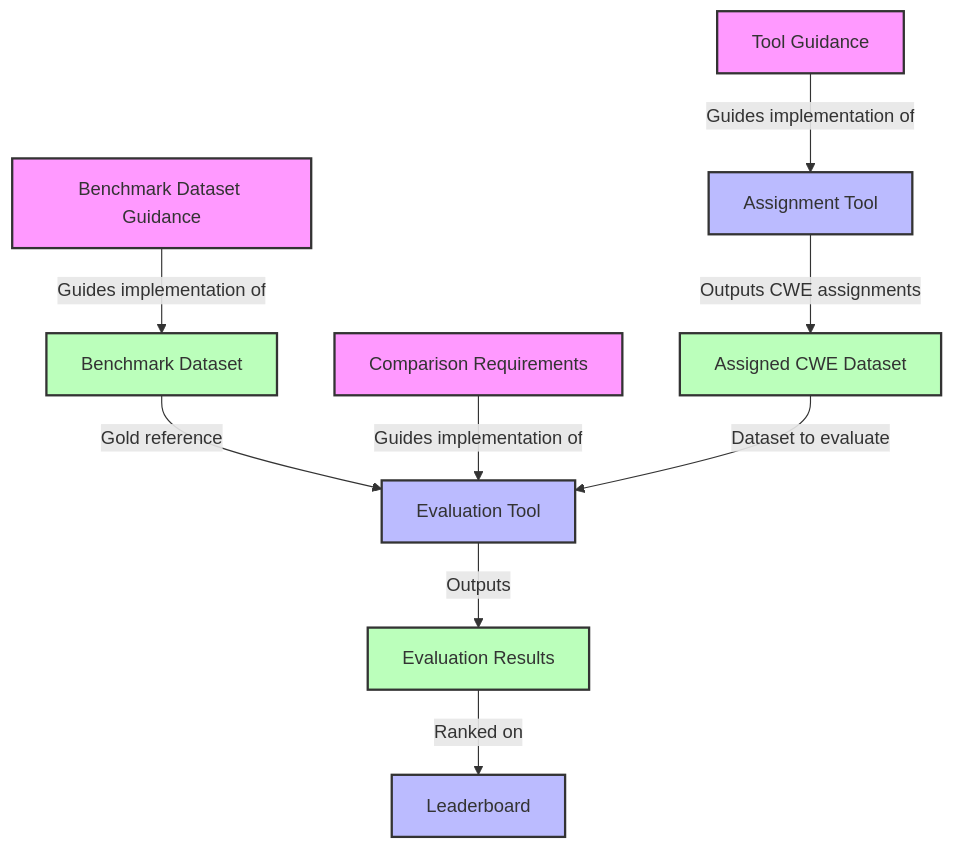
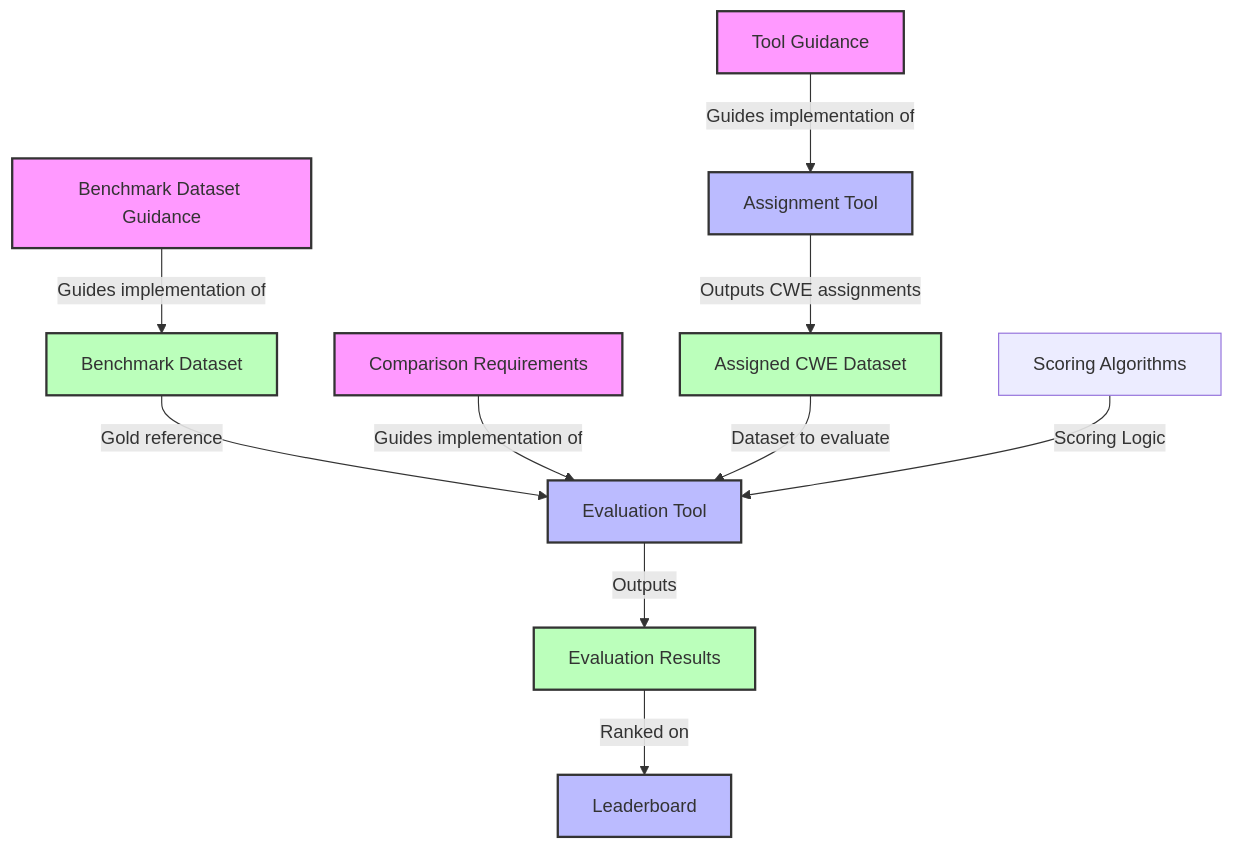
One commit to CyberSecAI/cve_cwe_rcm changed the diagram in README.md. Above: the diagram before and after it, drawn with Mermaid. The commit also changed other lines of this file and 4 other files, not shown here.

`````diff
--- a/README.md
+++ b/README.md
@@ -50,28 +50,31 @@
 ```mermaid
 
 flowchart TD
     A[Benchmark Dataset] -->|Gold reference| C[Comparison Tool]
     B[Assignment Tool] -->|Outputs CWE assignments| H
     D[Tool Guidance] -->|Guides implementation of| B
     E[Comparison Requirements] -->|Guides implementation of| C
     C 
     G[Benchmark Dataset Guidance] -->|Guides implementation of| A[Benchmark Dataset]
     H[Assigned CWE Dataset] -->|Dataset to evaluate| C[Evaluation Tool]
+    J[Scoring Algorithms] -->|Scoring Logic| C[Evaluation Tool]
+
 
     C[Evaluation Tool] --> |Outputs| I[Evaluation Results]
     I[Evaluation Results]-->|Ranked on| F[Leaderboard]
 
 
     classDef document fill:#f9f,stroke:#333,stroke-width:2px;
     classDef tool fill:#bbf,stroke:#333,stroke-width:2px;
     classDef data fill:#bfb,stroke:#333,stroke-width:2px;
     
     class E,D,G document;
     class B,C,F tool;
     class A,H,I data;
 
     click G "https://github.com/CyberSecAI/cve_cwe_rcm/blob/main/dataset.md" "View Dataset Requirements"
     click E "https://github.com/CyberSecAI/cve_cwe_rcm/blob/main/comparison.md" "View Dataset Requirements"
     click D "https://github.com/CyberSecAI/cve_cwe_rcm/blob/main/tool_guidance.md" "View Dataset Requirements"
+    click J "https://github.com/CyberSecAI/cve_cwe_rcm/blob/main/scoring/README.md" "View Scoring Approaches"
 
 ````
`````
